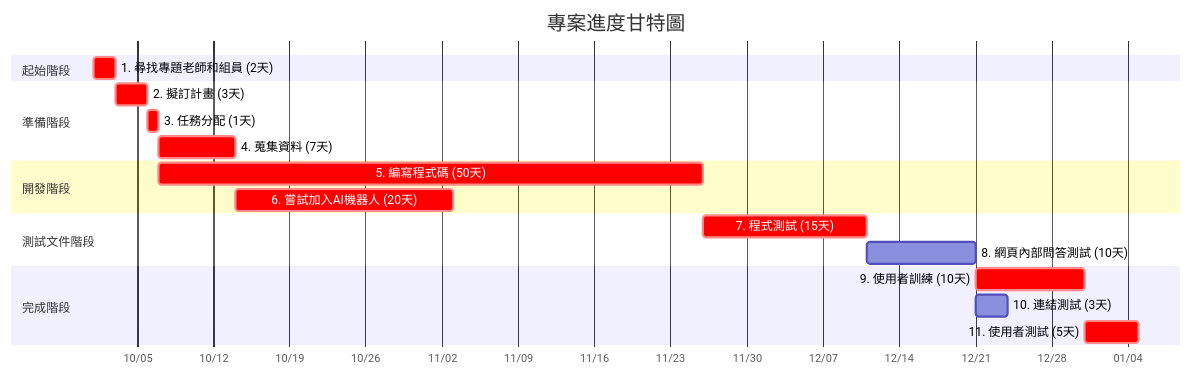
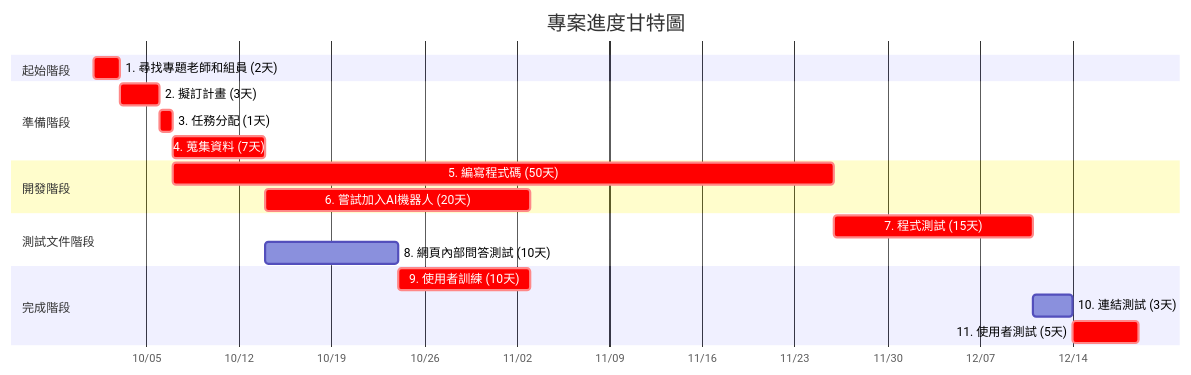
The second of 2 diagrams in hw2.md (c112118202-droid/-), drawn with Mermaid before and after one commit.

````diff
--- a/hw2.md
+++ b/hw2.md
@@ -29,27 +29,27 @@
 ```mermaid
 gantt
     title 專案進度甘特圖
     dateFormat YYYY-MM-DD
     axisFormat %m/%d
     
     section 起始階段
     1. 尋找專題老師和組員 (2天)     :crit, m1, 2025-10-01, 2d
     
     section 準備階段
     2. 擬訂計畫 (3天)     :crit, m2, after m1, 3d
     3. 任務分配 (1天)    :crit, m3, after m2, 1d
     4. 蒐集資料 (7天)    :crit, m4, after m3, 7d
 
     section 開發階段
     5. 編寫程式碼 (50天)    :crit, m5, after m3, 50d
     6. 嘗試加入AI機器人 (20天)    :crit, m6, after m4, 20d
     
     section 測試文件階段
     7. 程式測試 (15天)    :crit, m7, after m5, 15d
-    8. 網頁內部問答測試 (10天) :m8, after m7, 10d
+    8. 網頁內部問答測試 (10天) :m8, after m4, 10d
         
     section 完成階段
     9. 使用者訓練 (10天)    :crit, m9, after m8, 10d
     10. 連結測試 (3天)  :m10, after m7 m8, 3d
     11. 使用者測試 (5天)  :crit, m11, after m9 m10, 5d
 ```
````
